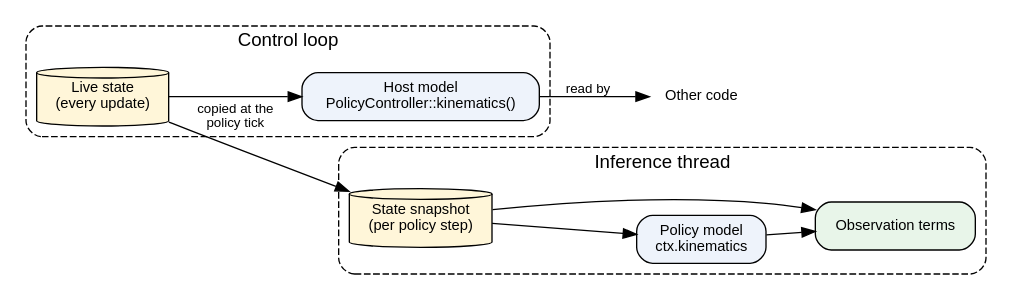
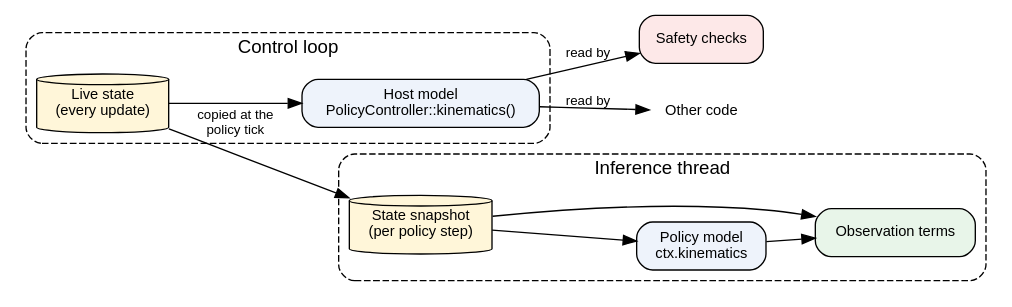
Before and after one commit to saikishor/ros2_policy_framework: the second of 2 diagrams in docs/kinematics.rst, drawn with Graphviz. The commit also changed other lines of this file, not shown here.

Commit message:
Correct the kinematics helper signatures and show the safety checks reading the host model

```diff
--- a/docs/kinematics.rst
+++ b/docs/kinematics.rst
@@ -81,24 +87,26 @@
 .. graphviz::
 
    digraph two_models {
      rankdir=LR;
      node [shape=box, style="rounded,filled", fillcolor="#eef3fb", fontname="Helvetica", fontsize=11];
      edge [fontname="Helvetica", fontsize=10];
      subgraph cluster_rt {
        label="Control loop"; style="rounded,dashed"; fontname="Helvetica";
        live [label="Live state\n(every update)", shape=cylinder, fillcolor="#fff6d9"];
        host_model [label="Host model\nPolicyController::kinematics()"];
        live -> host_model;
      }
      subgraph cluster_thread {
        label="Inference thread"; style="rounded,dashed"; fontname="Helvetica";
        snap [label="State snapshot\n(per policy step)", shape=cylinder, fillcolor="#fff6d9"];
        policy_model [label="Policy model\nctx.kinematics"];
        terms [label="Observation terms", fillcolor="#e8f5e9"];
        snap -> policy_model -> terms;
        snap -> terms;
      }
      live -> snap [label="copied at the\npolicy tick"];
+     host_model -> checks [label="read by"];
      host_model -> others [label="read by"];
+     checks [label="Safety checks", fillcolor="#fde8e8"];
      others [label="Other code", shape=plaintext, fillcolor=none];
    }
```
